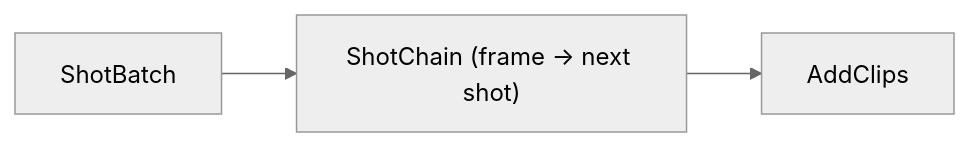
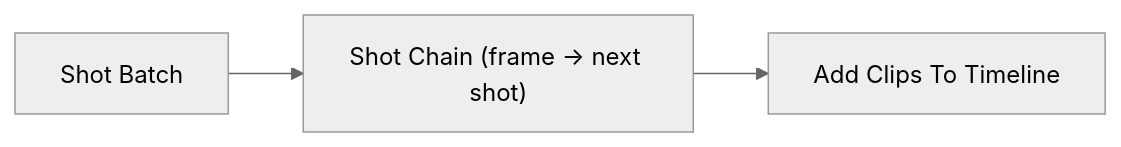
The second of 2 diagrams in docs/cookbook/core-concepts.md (nodetool-ai/nodetool), drawn with Mermaid (neutral theme) before and after one commit. The commit also changed other lines of this file and 2 other files, not shown here.

```diff
--- a/docs/cookbook/core-concepts.md
+++ b/docs/cookbook/core-concepts.md
@@ -91,4 +98,4 @@
 {% mermaid %}
 graph LR
-  shots["ShotBatch"] --> chain["ShotChain (frame → next shot)"] --> cut["AddClips"]
+  shots["Shot Batch"] --> chain["Shot Chain (frame → next shot)"] --> cut["Add Clips To Timeline"]
 {% endmermaid %}
```
